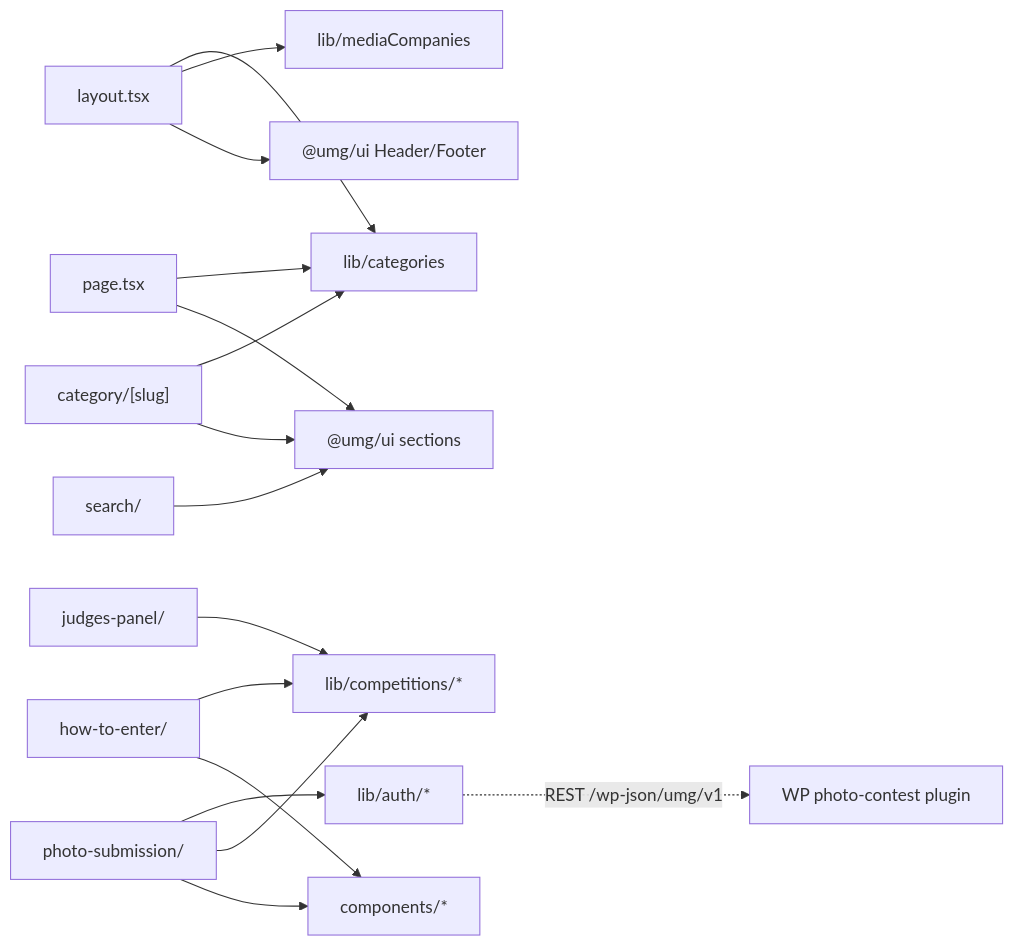
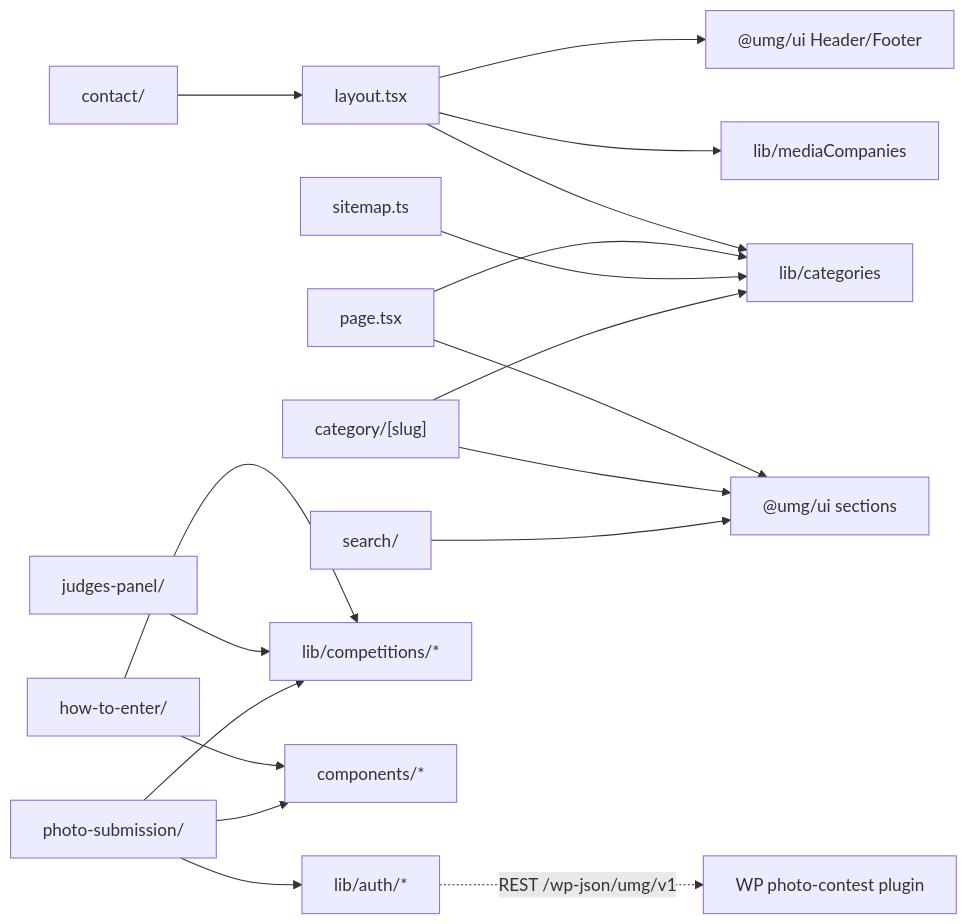
The diagram in docs/codebase/apps/umg/app/README.md (huuaho/umg-headless), drawn with Mermaid before and after one commit. The commit also changed other lines of this file and 35 other files, not shown here.

````diff
--- a/docs/codebase/apps/umg/app/README.md
+++ b/docs/codebase/apps/umg/app/README.md
@@ -21,18 +24,20 @@
 ```mermaid
 graph LR
   layout["layout.tsx"] --> cats["lib/categories"]
   layout --> mc["lib/mediaCompanies"]
   layout --> ui["@umg/ui Header/Footer"]
   home["page.tsx"] --> cats
   home --> ui2["@umg/ui sections"]
+  sitemap["sitemap.ts"] --> cats
+  contact["contact/"] --> layout
   category["category/[slug]"] --> cats
   category --> ui2
   search["search/"] --> ui2
   hte["how-to-enter/"] --> comp["lib/competitions/*"]
   hte --> cmp["components/*"]
   jp["judges-panel/"] --> comp
   ps["photo-submission/"] --> auth["lib/auth/*"]
   ps --> comp
   ps --> cmp
   auth -.REST /wp-json/umg/v1.-> plugin["WP photo-contest plugin"]
 ```
````
